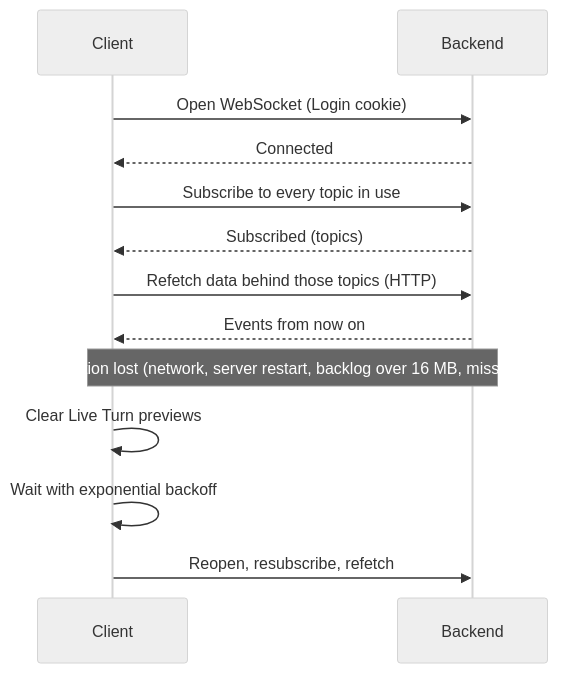
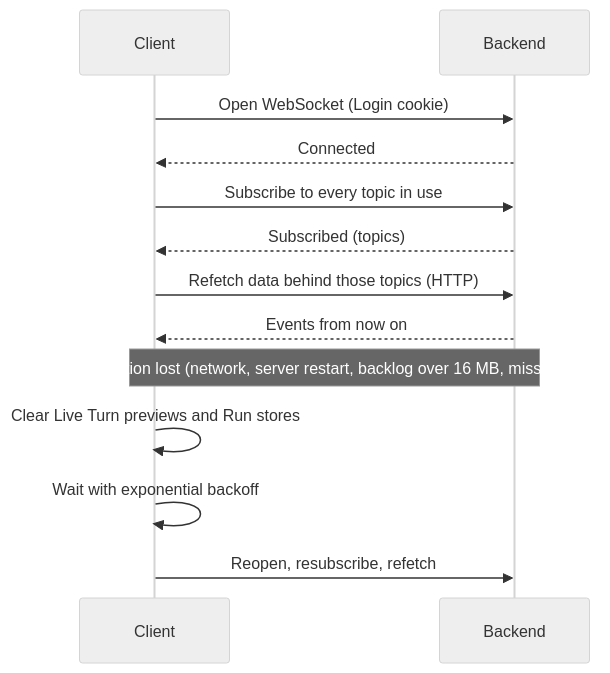
The first of 3 diagrams in docs/specs/clients.md (mceck/claude-task), drawn with Mermaid (neutral theme) before and after one commit. The commit also changed other lines of this file and 45 other files, not shown here.

````diff
--- a/docs/specs/clients.md
+++ b/docs/specs/clients.md
@@ -83,15 +85,15 @@
 ```mermaid
 sequenceDiagram
   participant C as Client
   participant B as Backend
   C->>B: Open WebSocket (Login cookie)
   B-->>C: Connected
   C->>B: Subscribe to every topic in use
   B-->>C: Subscribed (topics)
   C->>B: Refetch data behind those topics (HTTP)
   B-->>C: Events from now on
   Note over C,B: Connection lost (network, server restart, backlog over 16 MB, missed ping)
-  C->>C: Clear Live Turn previews
+  C->>C: Clear Live Turn previews and Run stores
   C->>C: Wait with exponential backoff
   C->>B: Reopen, resubscribe, refetch
 ```
````
